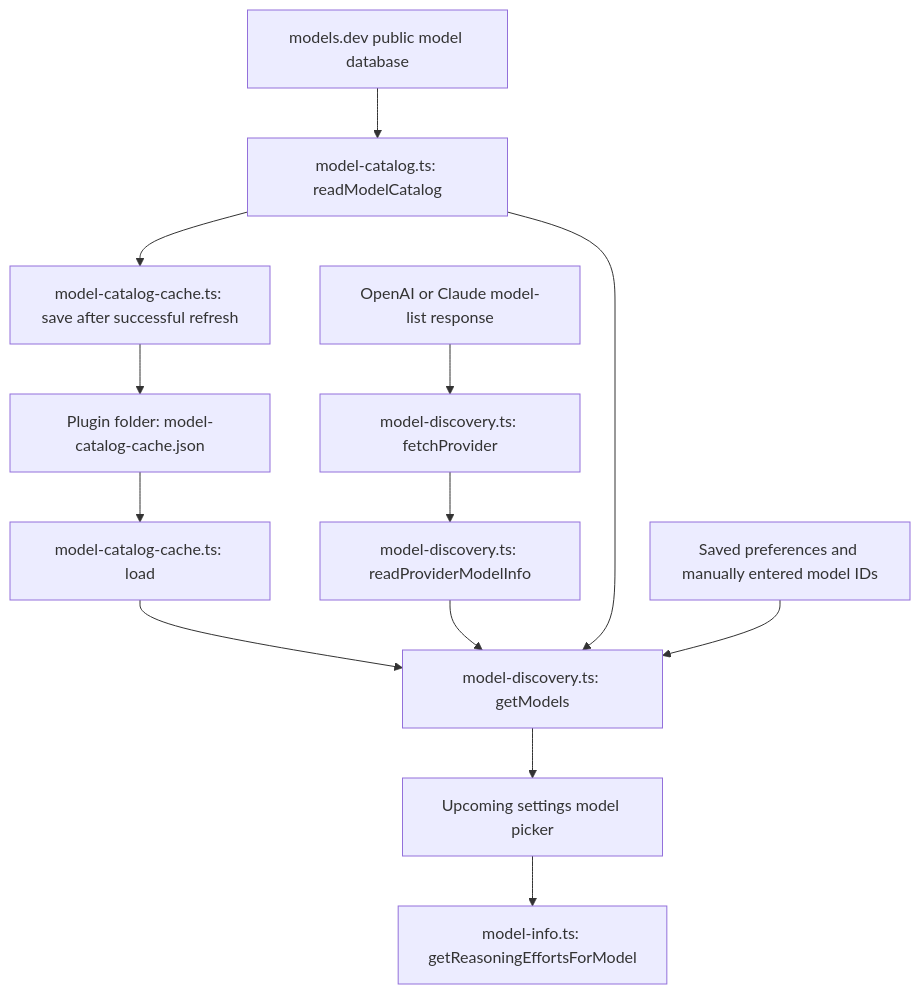
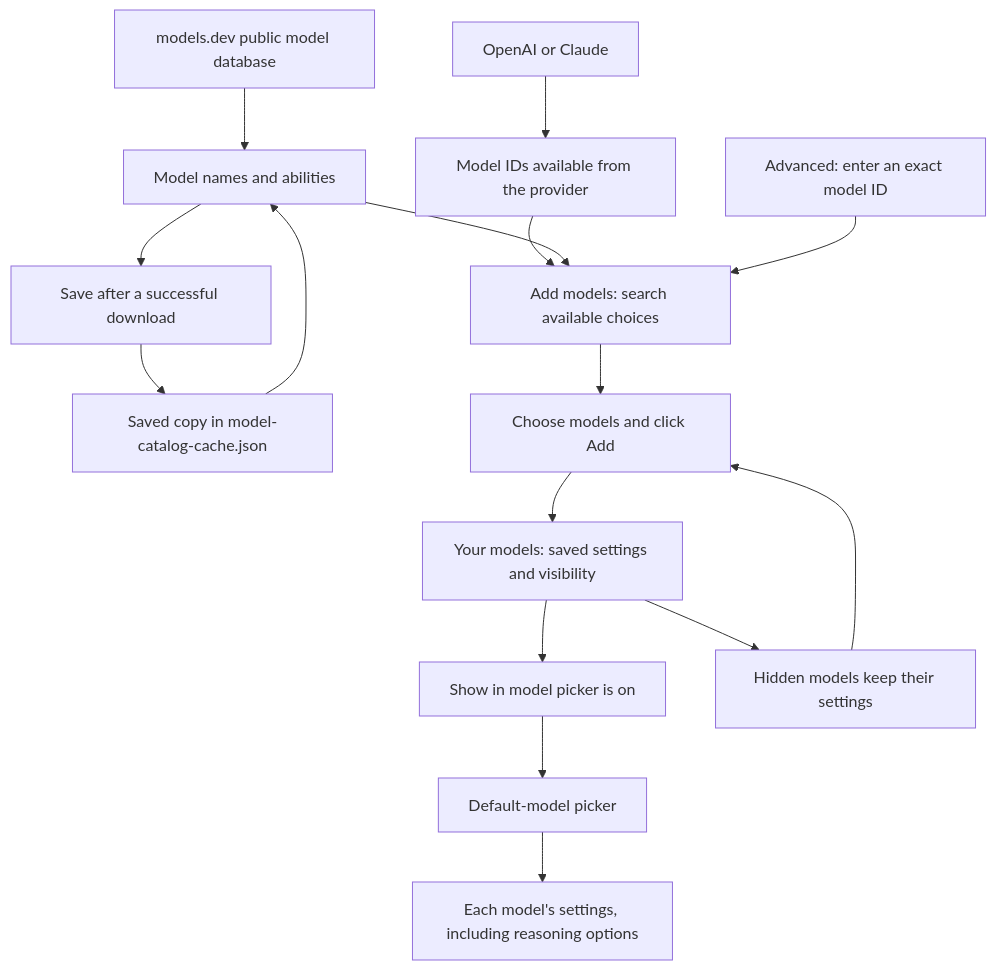
The diagram in docs/model-discovery.md (cadrianxyz/obsidian-auto-anki), drawn with Mermaid before and after one commit. The commit also changed other lines of this file and 20 other files, not shown here.

Commit message:
feat: settings for model choice

````diff
--- a/docs/model-discovery.md
+++ b/docs/model-discovery.md
@@ -11,15 +93,18 @@
 ```mermaid
 flowchart TD
-    API["OpenAI or Claude model-list response"] --> Fetch["model-discovery.ts: fetchProvider"]
-    Fetch --> Parse["model-discovery.ts: readProviderModelInfo"]
-    Public["models.dev public model database"] --> Catalog["model-catalog.ts: readModelCatalog"]
-    Disk["Plugin folder: model-catalog-cache.json"] --> Restore["model-catalog-cache.ts: load"]
-    Restore --> Merge
-    Parse --> Merge["model-discovery.ts: getModels"]
-    Catalog --> Merge
-    Saved["Saved preferences and manually entered model IDs"] --> Merge
-    Merge --> Picker["Upcoming settings model picker"]
-    Picker --> Effort["model-info.ts: getReasoningEffortsForModel"]
-    Catalog --> Save["model-catalog-cache.ts: save after successful refresh"]
-    Save --> Disk
+    Provider["OpenAI or Claude"] --> IDs["Model IDs available from the provider"]
+    Public["models.dev public model database"] --> Details["Model names and abilities"]
+    Cache["Saved copy in model-catalog-cache.json"] --> Details
+    Details --> Save["Save after a successful download"]
+    Save --> Cache
+    IDs --> Choices["Add models: search available choices"]
+    Details --> Choices
+    Manual["Advanced: enter an exact model ID"] --> Choices
+    Choices --> Selection["Choose models and click Add"]
+    Selection --> Saved["Your models: saved settings and visibility"]
+    Saved --> Enabled["Show in model picker is on"]
+    Enabled --> Picker["Default-model picker"]
+    Saved --> Hidden["Hidden models keep their settings"]
+    Hidden --> Selection
+    Picker --> Settings["Each model's settings, including reasoning options"]
 ```
````
